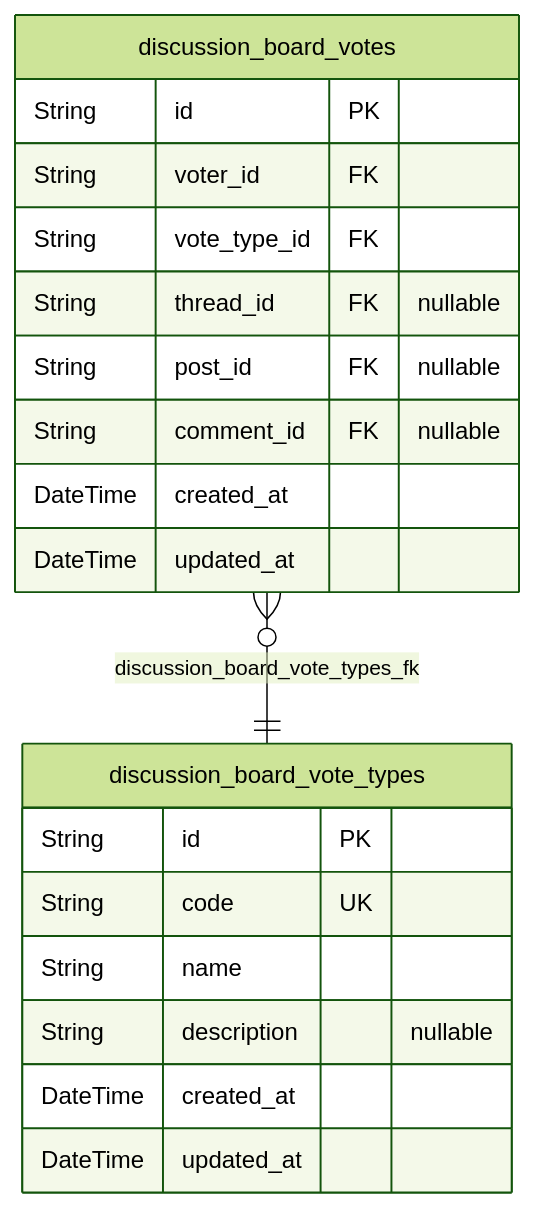
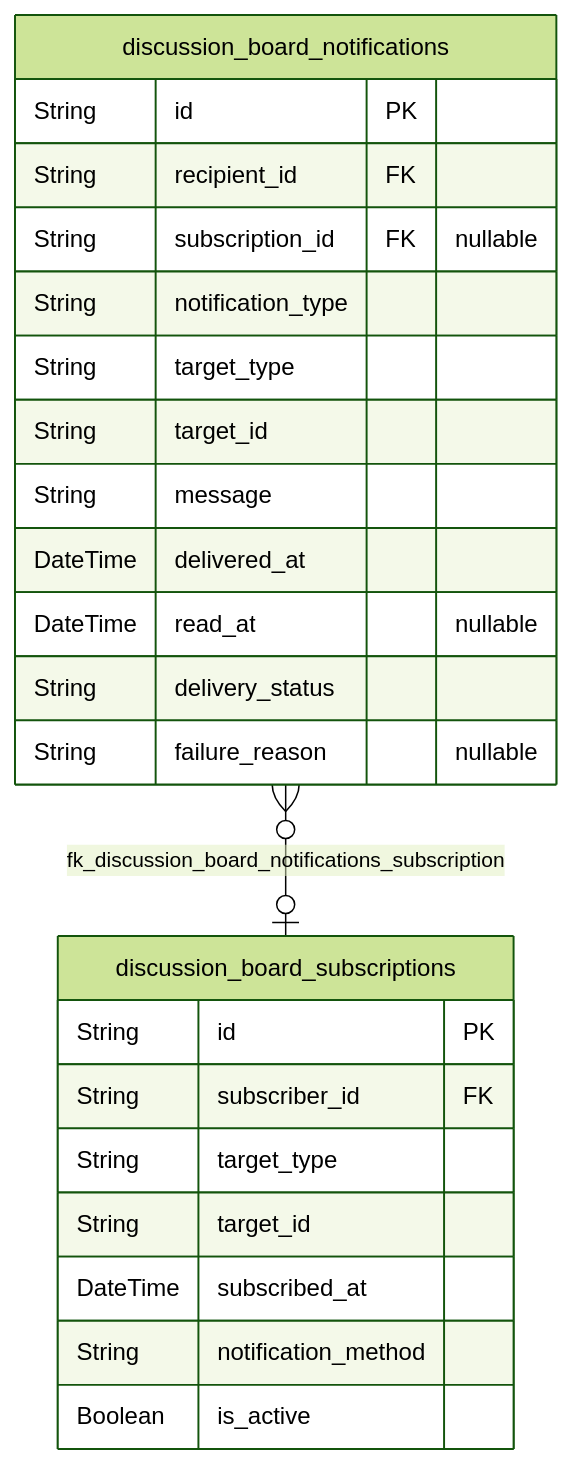
Before and after one commit to wrtnlabs/autobe-example-bbs-openai-gpt-4.1: the sixth of 8 diagrams in docs/ERD.md, drawn with Mermaid (forest theme). The commit also changed other lines of this file and 1035 other files, not shown here.

````diff
--- a/docs/ERD.md
+++ b/docs/ERD.md
@@ -496,22 +550,26 @@
 ```mermaid
 erDiagram
-"discussion_board_vote_types" {
+"discussion_board_subscriptions" {
   String id PK
-  String code UK
-  String name
-  String description "nullable"
-  DateTime created_at
-  DateTime updated_at
+  String subscriber_id FK
+  String target_type
+  String target_id
+  DateTime subscribed_at
+  String notification_method
+  Boolean is_active
 }
-"discussion_board_votes" {
+"discussion_board_notifications" {
   String id PK
-  String voter_id FK
-  String vote_type_id FK
-  String thread_id FK "nullable"
-  String post_id FK "nullable"
-  String comment_id FK "nullable"
-  DateTime created_at
-  DateTime updated_at
+  String recipient_id FK
+  String subscription_id FK "nullable"
+  String notification_type
+  String target_type
+  String target_id
+  String message
+  DateTime delivered_at
+  DateTime read_at "nullable"
+  String delivery_status
+  String failure_reason "nullable"
 }
-"discussion_board_votes" }o--|| "discussion_board_vote_types" : discussion_board_vote_types_fk
+"discussion_board_notifications" }o--o| "discussion_board_subscriptions" : fk_discussion_board_notifications_subscription
 ```
````
